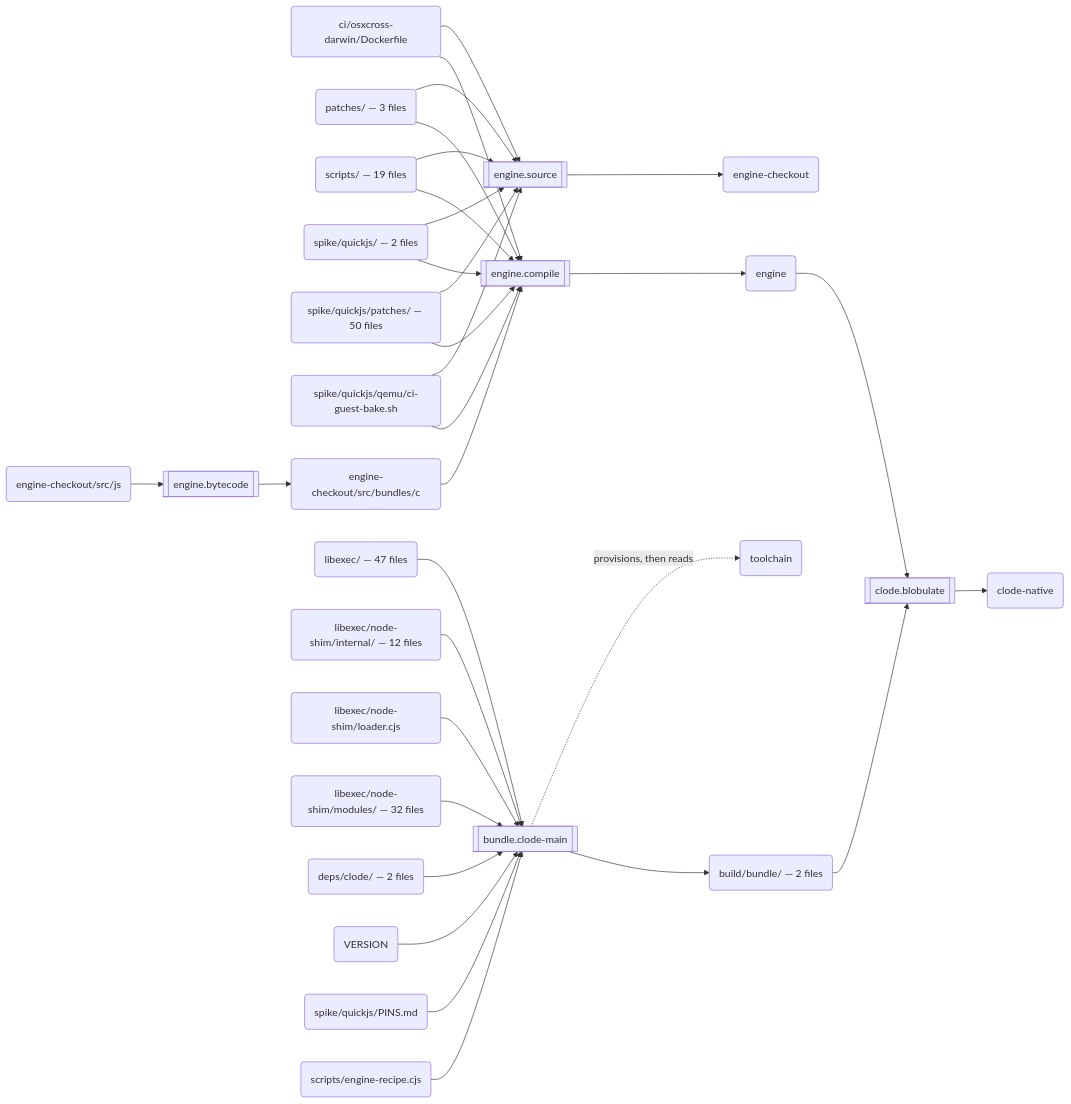
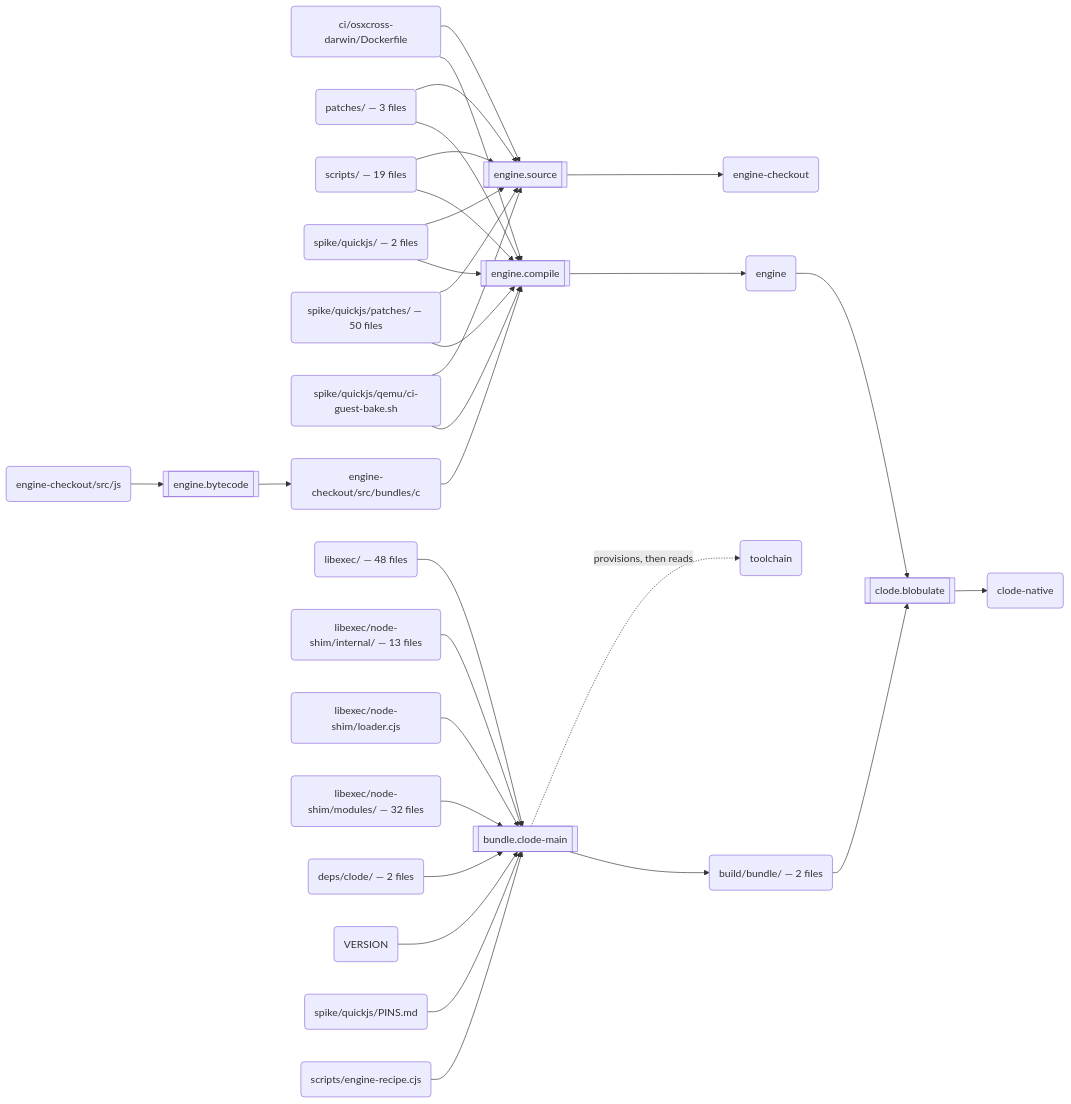
One commit to schmonz/clode changed the second of 3 diagrams in docs/build.md. Above: the diagram before and after it, drawn with Mermaid. The commit also changed 27 other files, not shown here.

````diff
--- a/docs/build.md
+++ b/docs/build.md
@@ -123,59 +123,59 @@
 ```mermaid
 flowchart LR
   s0[["engine.source"]]
   a0("ci/osxcross-darwin/Dockerfile")
   a1("patches/ — 3 files")
   a2("scripts/ — 19 files")
   a3("spike/quickjs/ — 2 files")
   a4("spike/quickjs/patches/ — 50 files")
   a5("spike/quickjs/qemu/ci-guest-bake.sh")
   a6("engine-checkout")
   s1[["engine.bytecode"]]
   a7("engine-checkout/src/js")
   a8("engine-checkout/src/bundles/c")
   s2[["engine.compile"]]
   a9("engine")
   s3[["bundle.clode-main"]]
-  a10("libexec/ — 47 files")
-  a11("libexec/node-shim/internal/ — 12 files")
+  a10("libexec/ — 48 files")
+  a11("libexec/node-shim/internal/ — 13 files")
   a12("libexec/node-shim/loader.cjs")
   a13("libexec/node-shim/modules/ — 32 files")
   a14("deps/clode/ — 2 files")
   a15("VERSION")
   a16("spike/quickjs/PINS.md")
   a17("scripts/engine-recipe.cjs")
   a18("toolchain")
   a19("build/bundle/ — 2 files")
   s4[["clode.blobulate"]]
   a20("clode-native")
   a0 --> s0
   a1 --> s0
   a2 --> s0
   a3 --> s0
   a4 --> s0
   a5 --> s0
   s0 --> a6
   a7 --> s1
   s1 --> a8
   a8 --> s2
   a0 --> s2
   a1 --> s2
   a2 --> s2
   a3 --> s2
   a4 --> s2
   a5 --> s2
   s2 --> a9
   a10 --> s3
   a11 --> s3
   a12 --> s3
   a13 --> s3
   a14 --> s3
   a15 --> s3
   a16 --> s3
   a17 --> s3
   s3 -.->|"provisions, then reads"| a18
   s3 --> a19
   a9 --> s4
   a19 --> s4
   s4 --> a20
 ```
````
